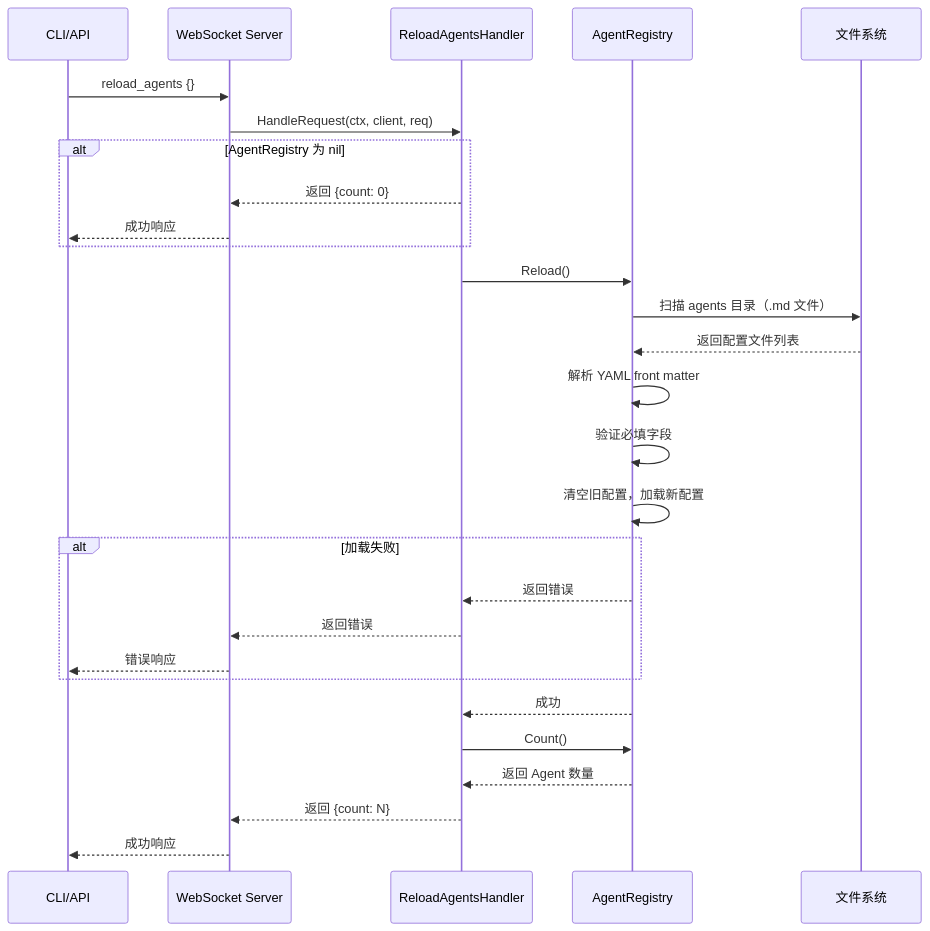
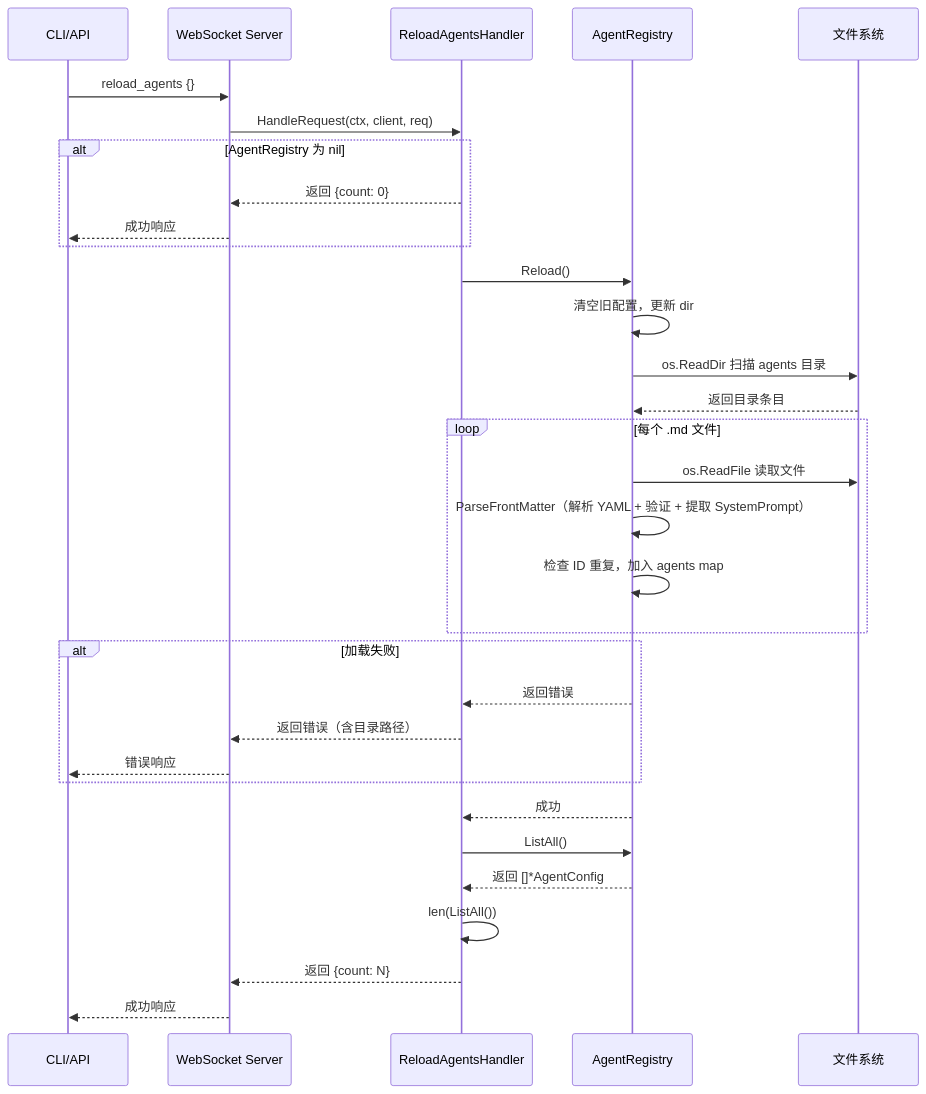
Before and after one commit to PineappleBond/xyncra-server: the first of 6 diagrams in wiki/flows/reload-agents.md, drawn with Mermaid. The commit also changed other lines of this file and 16 other files, not shown here.

First line of the commit message:
docs(wiki): comprehensive review and fix of all flow documents

````diff
--- a/wiki/flows/reload-agents.md
+++ b/wiki/flows/reload-agents.md
@@ -38,35 +38,39 @@
 ```mermaid
 sequenceDiagram
     participant C as CLI/API
     participant WS as WebSocket Server
     participant H as ReloadAgentsHandler
     participant R as AgentRegistry
     participant FS as 文件系统
 
     C->>WS: reload_agents {}
     WS->>H: HandleRequest(ctx, client, req)
 
     alt AgentRegistry 为 nil
         H-->>WS: 返回 {count: 0}
         WS-->>C: 成功响应
     end
 
     H->>R: Reload()
-    R->>FS: 扫描 agents 目录（.md 文件）
-    FS-->>R: 返回配置文件列表
-    R->>R: 解析 YAML front matter
-    R->>R: 验证必填字段
-    R->>R: 清空旧配置，加载新配置
+    R->>R: 清空旧配置，更新 dir
+    R->>FS: os.ReadDir 扫描 agents 目录
+    FS-->>R: 返回目录条目
+    loop 每个 .md 文件
+        R->>FS: os.ReadFile 读取文件
+        R->>R: ParseFrontMatter（解析 YAML + 验证 + 提取 SystemPrompt）
+        R->>R: 检查 ID 重复，加入 agents map
+    end
 
     alt 加载失败
         R-->>H: 返回错误
-        H-->>WS: 返回错误
+        H-->>WS: 返回错误（含目录路径）
         WS-->>C: 错误响应
     end
 
     R-->>H: 成功
-    H->>R: Count()
-    R-->>H: 返回 Agent 数量
+    H->>R: ListAll()
+    R-->>H: 返回 []*AgentConfig
+    H->>H: len(ListAll())
     H-->>WS: 返回 {count: N}
     WS-->>C: 成功响应
 ```
````
